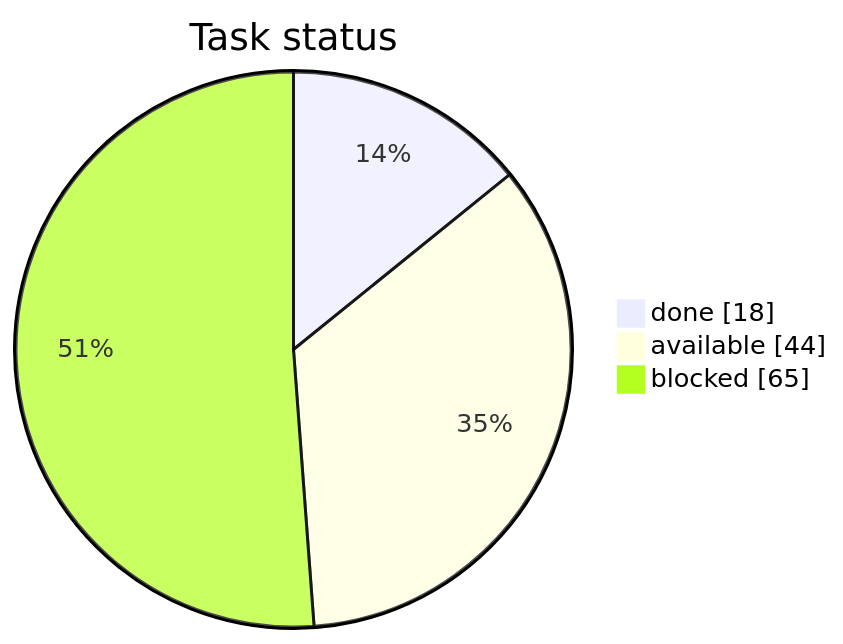
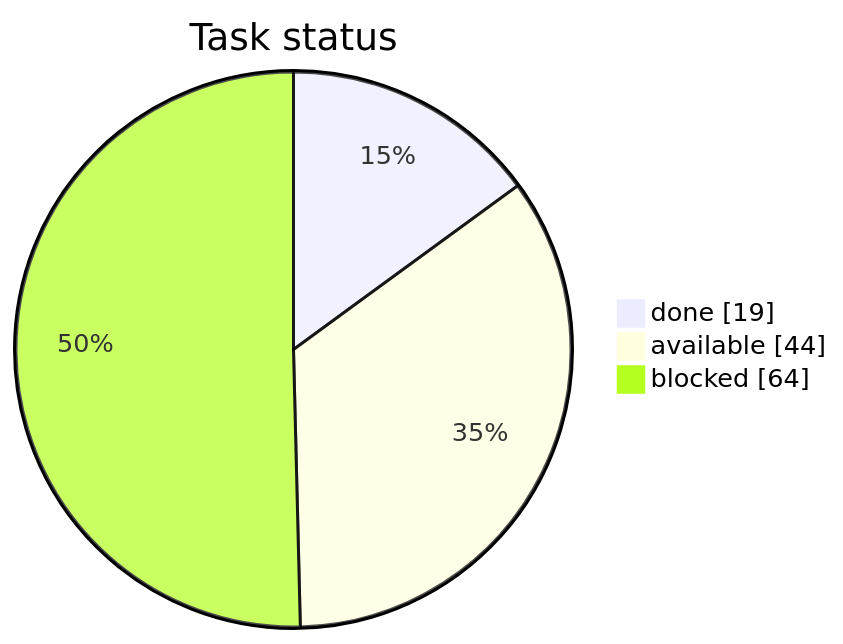
The first of 3 diagrams in STATUS.md (artemiiShabanov/RallyRivals), drawn with Mermaid before and after one commit. The commit also changed other lines of this file and 14 other files, not shown here.

````diff
--- a/STATUS.md
+++ b/STATUS.md
@@ -7,7 +7,7 @@
 ```mermaid
 pie showData
     title Task status
-    "done" : 18
+    "done" : 19
     "available" : 44
-    "blocked" : 65
+    "blocked" : 64
 ```
````
